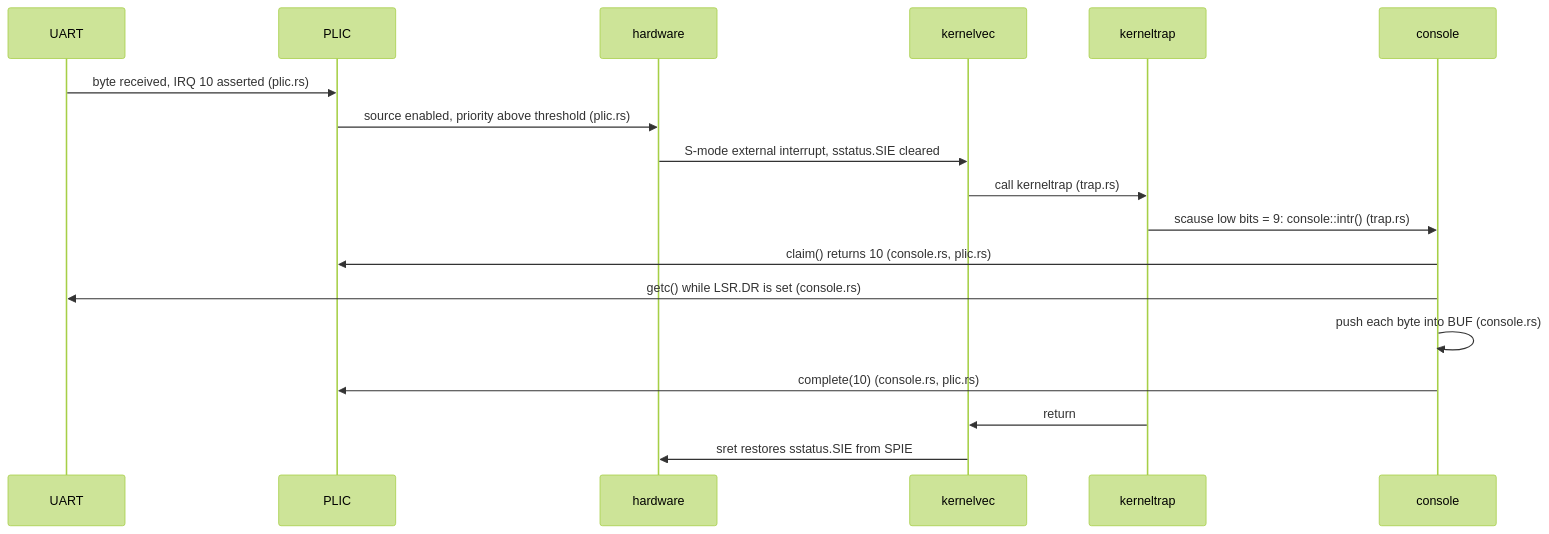
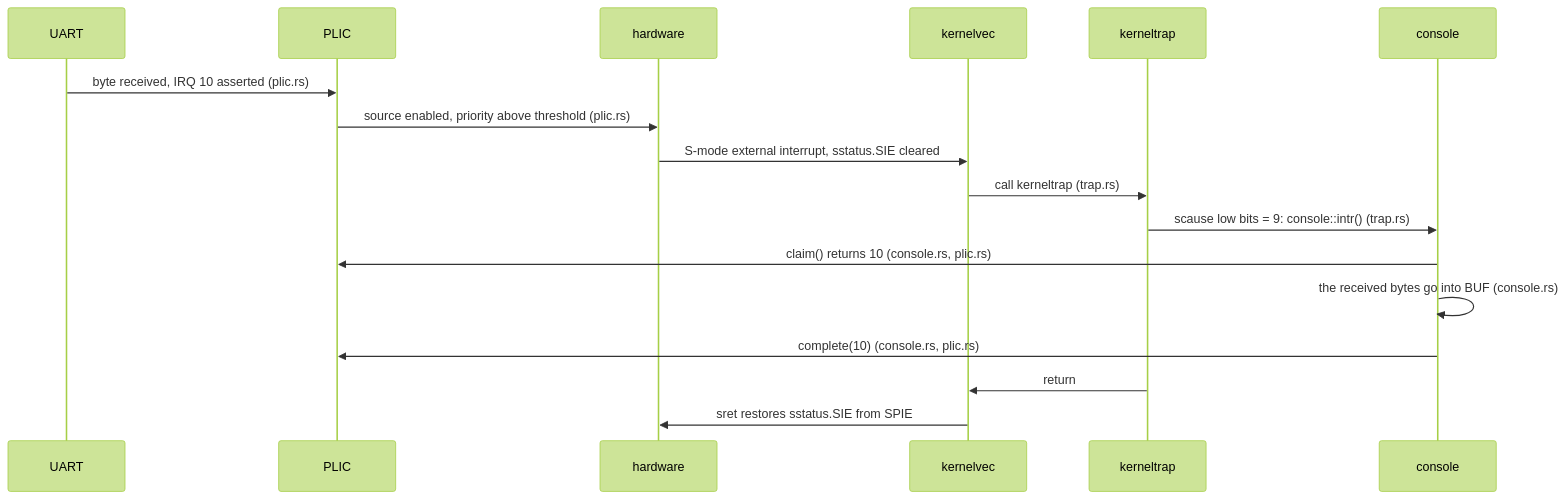
One commit to USF-CS326-F26/USF-CS326-F26.github.io changed the fourth of 5 diagrams in docs/guides/rv6-architecture.md. Above: the diagram before and after it, drawn with Mermaid (forest theme). The commit also changed other lines of this file and 60 other files, not shown here.

````diff
--- a/docs/guides/rv6-architecture.md
+++ b/docs/guides/rv6-architecture.md
@@ -393,20 +393,19 @@
 ```mermaid
 sequenceDiagram
     participant UART
     participant PLIC
     participant HW as hardware
     participant kernelvec
     participant kerneltrap
     participant console
     UART->>PLIC: byte received, IRQ 10 asserted (plic.rs)
     PLIC->>HW: source enabled, priority above threshold (plic.rs)
     HW->>kernelvec: S-mode external interrupt, sstatus.SIE cleared
     kernelvec->>kerneltrap: call kerneltrap (trap.rs)
     kerneltrap->>console: scause low bits = 9: console::intr() (trap.rs)
     console->>PLIC: claim() returns 10 (console.rs, plic.rs)
-    console->>UART: getc() while LSR.DR is set (console.rs)
-    console->>console: push each byte into BUF (console.rs)
+    console->>console: the received bytes go into BUF (console.rs)
     console->>PLIC: complete(10) (console.rs, plic.rs)
     kerneltrap->>kernelvec: return
     kernelvec->>HW: sret restores sstatus.SIE from SPIE
 ```
````
